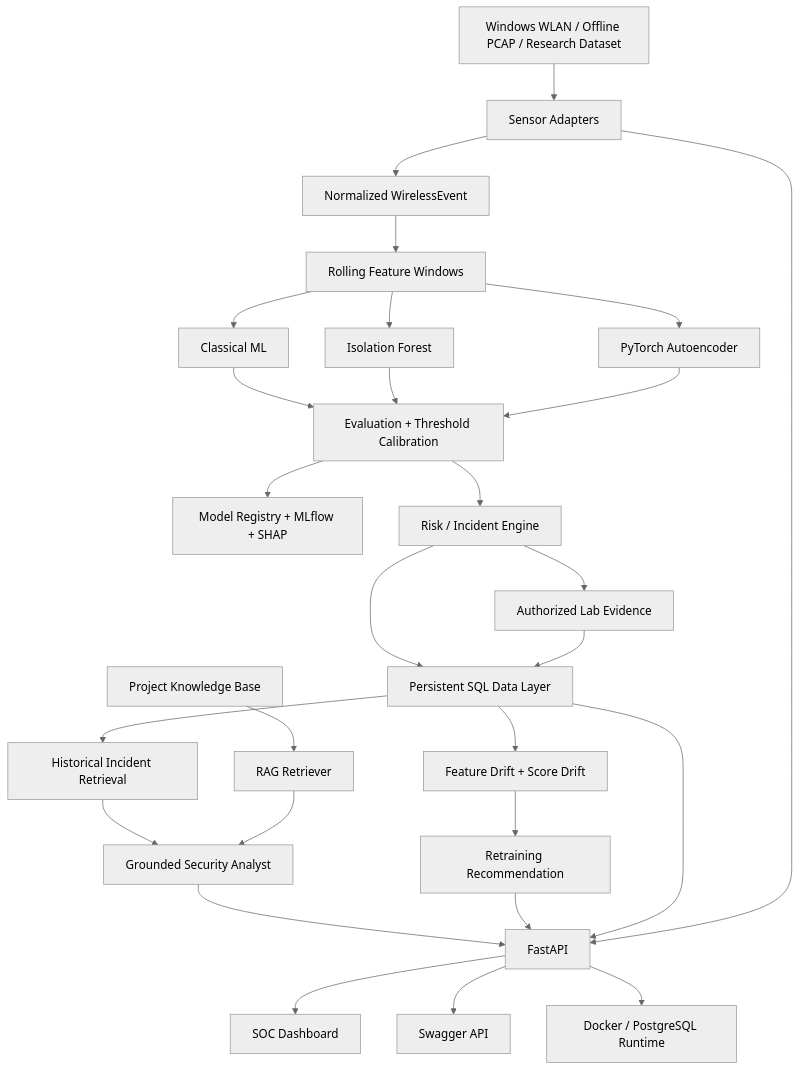
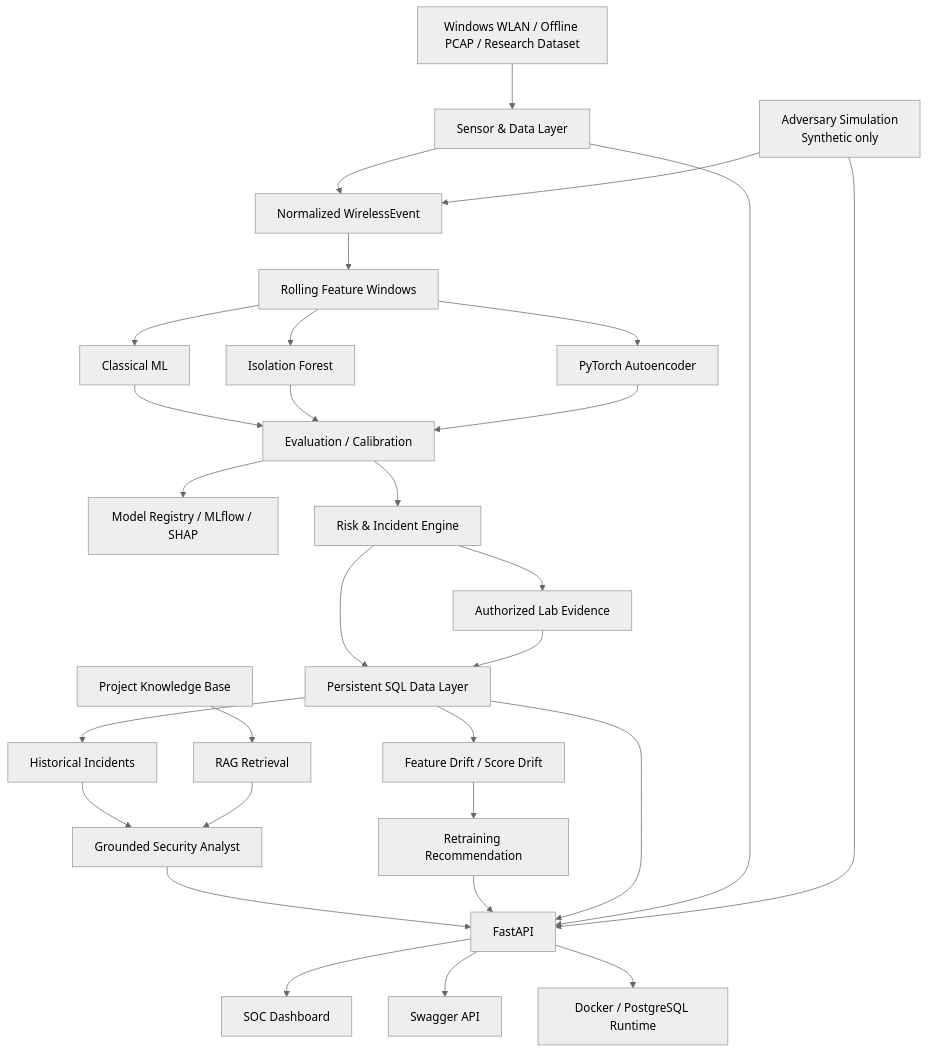
The diagram in docs/final_architecture.md (ViolettaNcl/vantawave-ml), drawn with Mermaid (neutral theme) before and after one commit. The commit also changed other lines of this file and 37 other files, not shown here.

Commit message:
feat: add adversary simulation and polish VantaWave ML portfolio

````diff
--- a/docs/final_architecture.md
+++ b/docs/final_architecture.md
@@ -3,37 +3,41 @@
 ```mermaid
 flowchart TD
-    A[Windows WLAN / Offline PCAP / Research Dataset] --> B[Sensor Adapters]
+    A[Windows WLAN / Offline PCAP / Research Dataset] --> B[Sensor & Data Layer]
     B --> C[Normalized WirelessEvent]
     C --> D[Rolling Feature Windows]
+
+    SIM[Adversary Simulation<br/>Synthetic only] --> C
+
     D --> E1[Classical ML]
     D --> E2[Isolation Forest]
     D --> E3[PyTorch Autoencoder]
 
-    E1 --> F[Evaluation + Threshold Calibration]
+    E1 --> F[Evaluation / Calibration]
     E2 --> F
     E3 --> F
 
-    F --> G[Model Registry + MLflow + SHAP]
-    F --> H[Risk / Incident Engine]
+    F --> G[Model Registry / MLflow / SHAP]
+    F --> H[Risk & Incident Engine]
 
     H --> I[Authorized Lab Evidence]
     H --> J[Persistent SQL Data Layer]
     I --> J
 
-    J --> K[Feature Drift + Score Drift]
+    J --> K[Feature Drift / Score Drift]
     K --> L[Retraining Recommendation]
 
-    J --> M[Historical Incident Retrieval]
-    N[Project Knowledge Base] --> O[RAG Retriever]
+    J --> M[Historical Incidents]
+    N[Project Knowledge Base] --> O[RAG Retrieval]
     M --> P[Grounded Security Analyst]
     O --> P
 
     P --> Q[FastAPI]
     L --> Q
     J --> Q
     B --> Q
+    SIM --> Q
 
     Q --> R[SOC Dashboard]
     Q --> S[Swagger API]
     Q --> T[Docker / PostgreSQL Runtime]
 ```
````
